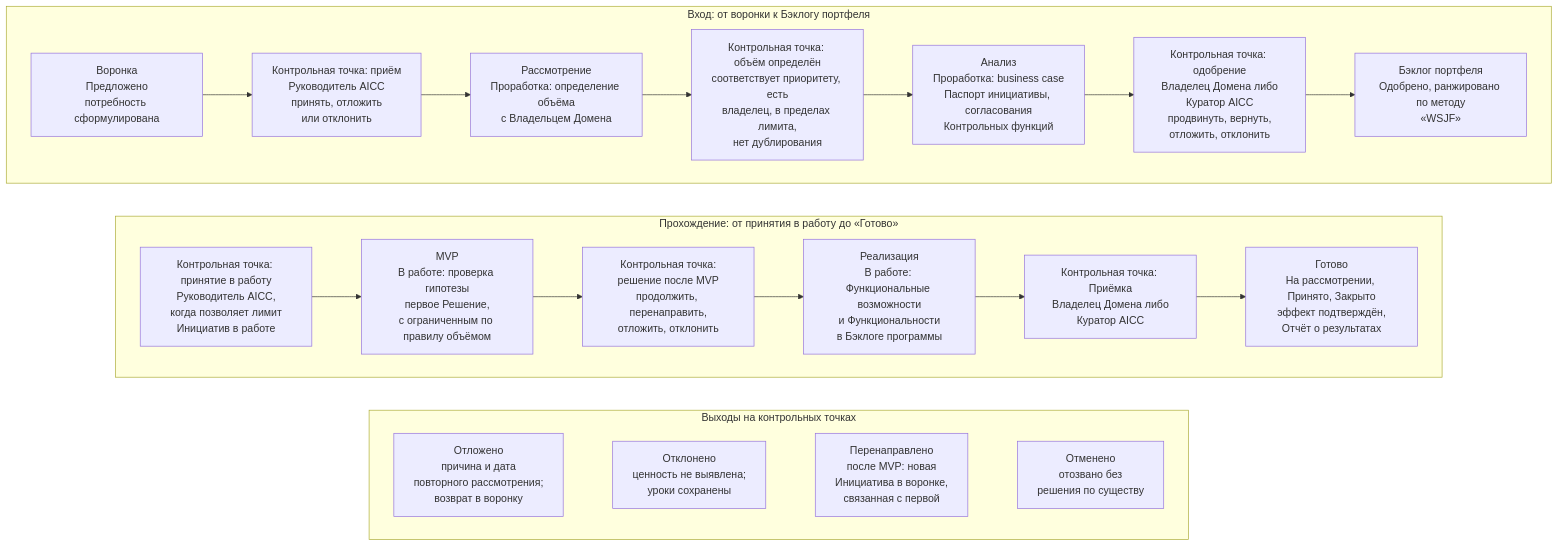
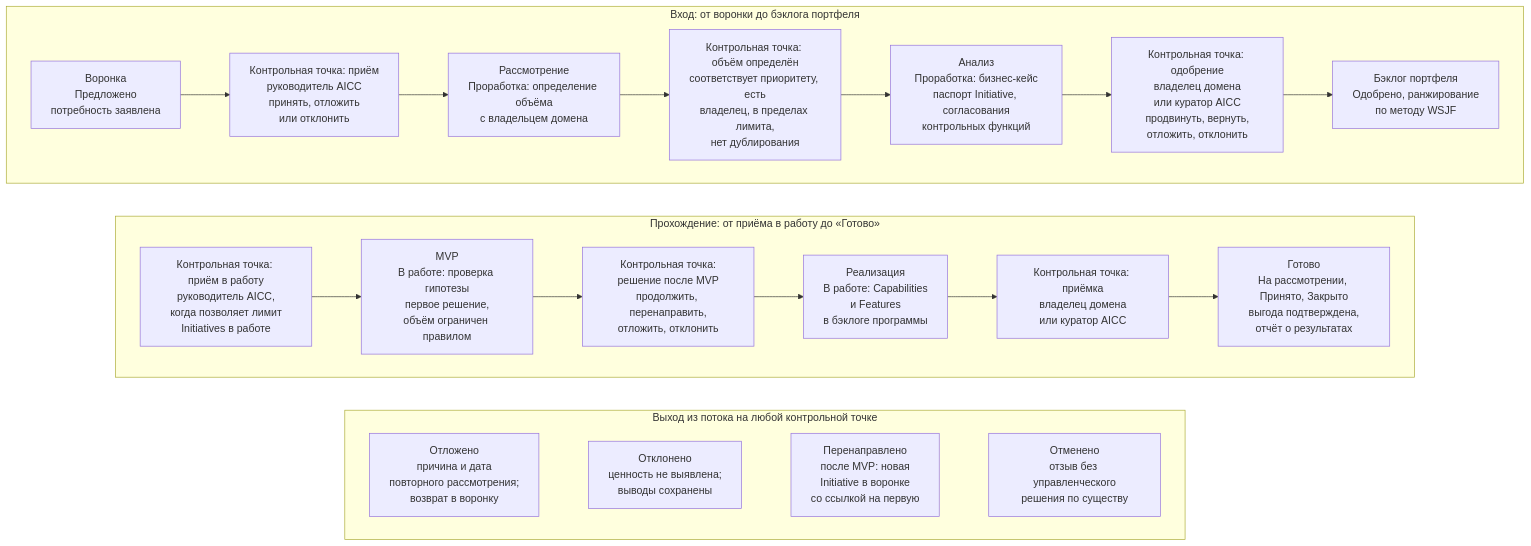
The diagram in portal/content/ru/portfolio/the-flow.md (devhogu/ob-aicc), drawn with Mermaid before and after one commit. The commit also changed other lines of this file and 16 other files, not shown here.

````diff
--- a/portal/content/ru/portfolio/the-flow.md
+++ b/portal/content/ru/portfolio/the-flow.md
@@ -15,26 +15,26 @@
 ```mermaid
 flowchart TB
-  subgraph ROW1["Вход: от воронки к Бэклогу портфеля"]
+  subgraph ROW1["Вход: от воронки до бэклога портфеля"]
     direction LR
-    FU["Воронка<br/>Предложено<br/>потребность сформулирована"] --> G1["Контрольная точка: приём<br/>Руководитель AICC<br/>принять, отложить<br/>или отклонить"]
-    G1 --> RV["Рассмотрение<br/>Проработка: определение объёма<br/>с Владельцем Домена"]
+    FU["Воронка<br/>Предложено<br/>потребность заявлена"] --> G1["Контрольная точка: приём<br/>руководитель AICC<br/>принять, отложить<br/>или отклонить"]
+    G1 --> RV["Рассмотрение<br/>Проработка: определение объёма<br/>с владельцем домена"]
     RV --> G2["Контрольная точка: объём определён<br/>соответствует приоритету, есть<br/>владелец, в пределах лимита,<br/>нет дублирования"]
-    G2 --> AN["Анализ<br/>Проработка: business case<br/>Паспорт инициативы, согласования<br/>Контрольных функций"]
-    AN --> G3["Контрольная точка: одобрение<br/>Владелец Домена либо<br/>Куратор AICC<br/>продвинуть, вернуть,<br/>отложить, отклонить"]
-    G3 --> PB["Бэклог портфеля<br/>Одобрено, ранжировано по методу<br/>«WSJF»"]
+    G2 --> AN["Анализ<br/>Проработка: бизнес-кейс<br/>паспорт Initiative, согласования<br/>контрольных функций"]
+    AN --> G3["Контрольная точка: одобрение<br/>владелец домена<br/>или куратор AICC<br/>продвинуть, вернуть,<br/>отложить, отклонить"]
+    G3 --> PB["Бэклог портфеля<br/>Одобрено, ранжирование<br/>по методу WSJF"]
   end
-  subgraph ROW2["Прохождение: от принятия в работу до «Готово»"]
+  subgraph ROW2["Прохождение: от приёма в работу до «Готово»"]
     direction LR
-    G4["Контрольная точка: принятие в работу<br/>Руководитель AICC,<br/>когда позволяет лимит<br/>Инициатив в работе"] --> MV["MVP<br/>В работе: проверка гипотезы<br/>первое Решение,<br/>с ограниченным по правилу объёмом"]
+    G4["Контрольная точка: приём в работу<br/>руководитель AICC,<br/>когда позволяет лимит<br/>Initiatives в работе"] --> MV["MVP<br/>В работе: проверка гипотезы<br/>первое решение,<br/>объём ограничен правилом"]
     MV --> G5["Контрольная точка:<br/>решение после MVP<br/>продолжить, перенаправить,<br/>отложить, отклонить"]
-    G5 --> IM["Реализация<br/>В работе: Функциональные возможности<br/>и Функциональности<br/>в Бэклоге программы"]
-    IM --> G6["Контрольная точка: Приёмка<br/>Владелец Домена либо<br/>Куратор AICC"]
-    G6 --> DN["Готово<br/>На рассмотрении, Принято, Закрыто<br/>эффект подтверждён,<br/>Отчёт о результатах"]
+    G5 --> IM["Реализация<br/>В работе: Capabilities<br/>и Features<br/>в бэклоге программы"]
+    IM --> G6["Контрольная точка: приёмка<br/>владелец домена<br/>или куратор AICC"]
+    G6 --> DN["Готово<br/>На рассмотрении, Принято, Закрыто<br/>выгода подтверждена,<br/>отчёт о результатах"]
   end
-  subgraph ROW3["Выходы на контрольных точках"]
+  subgraph ROW3["Выход из потока на любой контрольной точке"]
     direction LR
-    DF["Отложено<br/>причина и дата<br/>повторного рассмотрения;<br/>возврат в воронку"] ~~~ RJ["Отклонено<br/>ценность не выявлена;<br/>уроки сохранены"] ~~~ PV["Перенаправлено<br/>после MVP: новая<br/>Инициатива в воронке,<br/>связанная с первой"] ~~~ CN["Отменено<br/>отозвано без<br/>решения по существу"]
+    DF["Отложено<br/>причина и дата<br/>повторного рассмотрения;<br/>возврат в воронку"] ~~~ RJ["Отклонено<br/>ценность не выявлена;<br/>выводы сохранены"] ~~~ PV["Перенаправлено<br/>после MVP: новая<br/>Initiative в воронке<br/>со ссылкой на первую"] ~~~ CN["Отменено<br/>отзыв без управленческого<br/>решения по существу"]
   end
   ROW1 ~~~ ROW2
   ROW2 ~~~ ROW3
 ```
````
